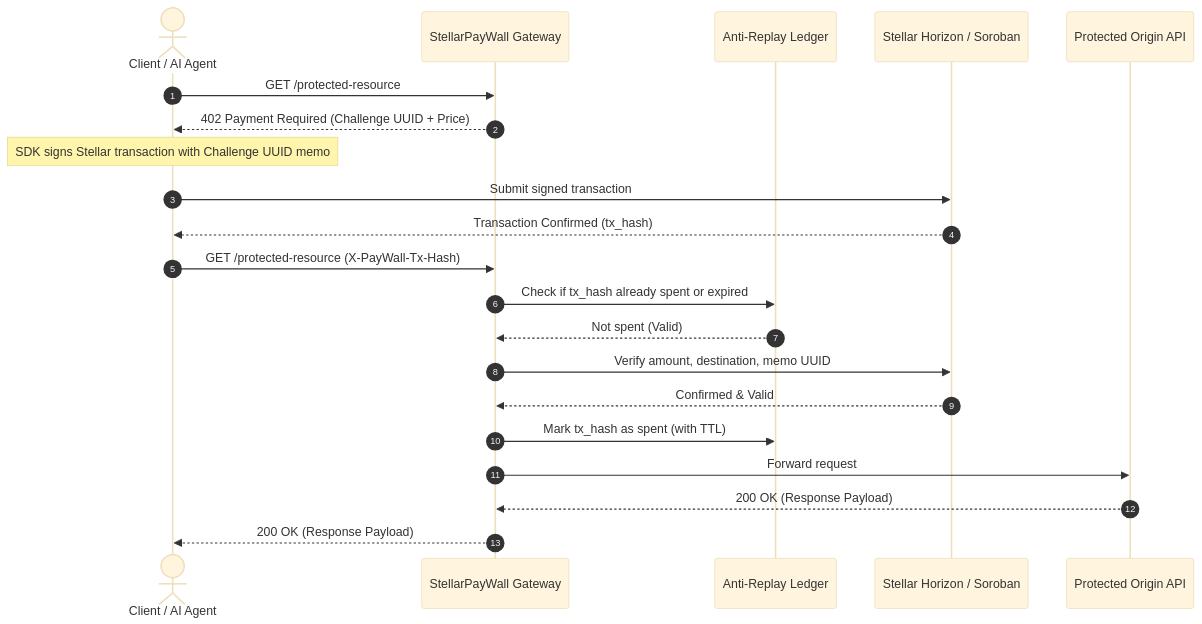
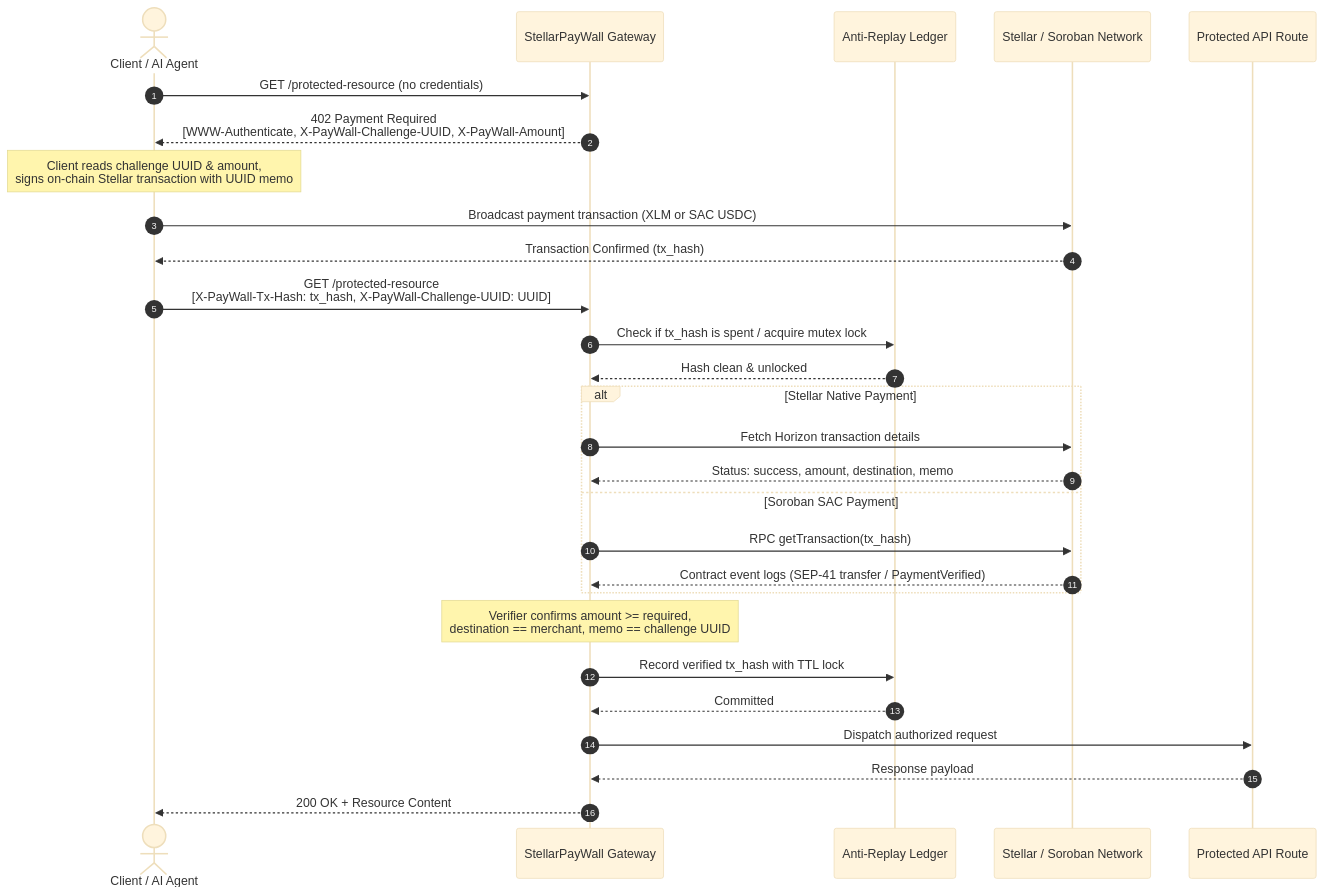
Before and after one commit to HassanKorey/StellarPayWall: the diagram in README.md, drawn with Mermaid (base theme). The commit also changed other lines of this file and 2 other files, not shown here.

Commit message:
docs(readme): standardize README layout with architecture diagrams and maintainer governance

````diff
--- a/README.md
+++ b/README.md
@@ -77,26 +61,39 @@
 ```mermaid
 sequenceDiagram
     autonumber
     actor Client as Client / AI Agent
     participant Gateway as StellarPayWall Gateway
-    participant Ledger as Anti-Replay Ledger
-    participant Horizon as Stellar Horizon / Soroban
-    participant Origin as Protected Origin API
+    participant NonceDB as Anti-Replay Ledger
+    participant Stellar as Stellar / Soroban Network
+    participant Origin as Protected API Route
 
-    Client->>Gateway: GET /protected-resource
-    Gateway-->>Client: 402 Payment Required (Challenge UUID + Price)
-    
-    Note over Client: SDK signs Stellar transaction with Challenge UUID memo
-    Client->>Horizon: Submit signed transaction
-    Horizon-->>Client: Transaction Confirmed (tx_hash)
+    Client->>Gateway: GET /protected-resource (no credentials)
+    Gateway-->>Client: 402 Payment Required<br/>[WWW-Authenticate, X-PayWall-Challenge-UUID, X-PayWall-Amount]
 
-    Client->>Gateway: GET /protected-resource (X-PayWall-Tx-Hash)
-    Gateway->>Ledger: Check if tx_hash already spent or expired
-    Ledger-->>Gateway: Not spent (Valid)
-    Gateway->>Horizon: Verify amount, destination, memo UUID
-    Horizon-->>Gateway: Confirmed & Valid
-    Gateway->>Ledger: Mark tx_hash as spent (with TTL)
-    Gateway->>Origin: Forward request
-    Origin-->>Gateway: 200 OK (Response Payload)
-    Gateway-->>Client: 200 OK (Response Payload)
+    Note over Client: Client reads challenge UUID & amount,<br/>signs on-chain Stellar transaction with UUID memo
+
+    Client->>Stellar: Broadcast payment transaction (XLM or SAC USDC)
+    Stellar-->>Client: Transaction Confirmed (tx_hash)
+
+    Client->>Gateway: GET /protected-resource<br/>[X-PayWall-Tx-Hash: tx_hash, X-PayWall-Challenge-UUID: UUID]
+
+    Gateway->>NonceDB: Check if tx_hash is spent / acquire mutex lock
+    NonceDB-->>Gateway: Hash clean & unlocked
+
+    alt Stellar Native Payment
+        Gateway->>Stellar: Fetch Horizon transaction details
+        Stellar-->>Gateway: Status: success, amount, destination, memo
+    else Soroban SAC Payment
+        Gateway->>Stellar: RPC getTransaction(tx_hash)
+        Stellar-->>Gateway: Contract event logs (SEP-41 transfer / PaymentVerified)
+    end
+
+    Note over Gateway: Verifier confirms amount >= required,<br/>destination == merchant, memo == challenge UUID
+
+    Gateway->>NonceDB: Record verified tx_hash with TTL lock
+    NonceDB-->>Gateway: Committed
+
+    Gateway->>Origin: Dispatch authorized request
+    Origin-->>Gateway: Response payload
+    Gateway-->>Client: 200 OK + Resource Content
 ```
````
